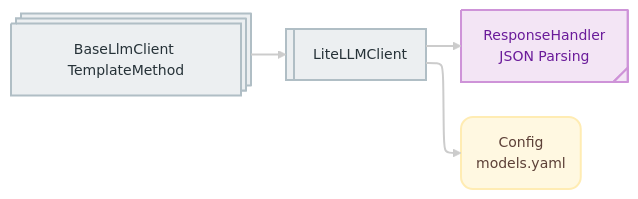
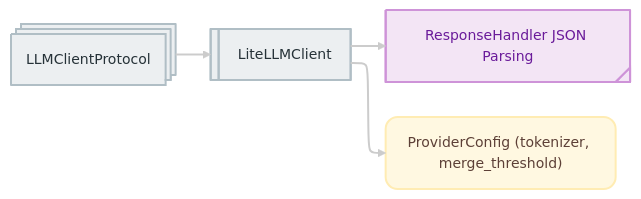
Before and after one commit to IBM/docling-graph: the diagram in docs/assets/flowcharts/llm_clients.md, drawn with Mermaid. The commit also changed 39 other files, not shown here.

Commit message:
refactor(llm_clients): use tokenizer-driven chunking and LiteLLM metadata to reduce magic numbers

````diff
--- a/docs/assets/flowcharts/llm_clients.md
+++ b/docs/assets/flowcharts/llm_clients.md
@@ -1,32 +1,32 @@
 ```mermaid
 %%{init: {'theme': 'redux-dark', 'look': 'default', 'layout': 'elk'}}%%
 flowchart LR
     %% 1. Define Classes
     classDef input fill:#E3F2FD,stroke:#90CAF9,color:#0D47A1
     classDef config fill:#FFF8E1,stroke:#FFECB3,color:#5D4037
     classDef output fill:#E8F5E9,stroke:#A5D6A7,color:#1B5E20
     classDef decision fill:#FFE0B2,stroke:#FFB74D,color:#E65100
     classDef data fill:#EDE7F6,stroke:#B39DDB,color:#4527A0
     classDef operator fill:#F3E5F5,stroke:#CE93D8,color:#6A1B9A
     classDef process fill:#ECEFF1,stroke:#B0BEC5,color:#263238
     
     %% Custom Subgraph Style (Transparent with dashed border)
     classDef subgraph_style fill:none,stroke:#969696,stroke-width:2px,stroke-dasharray: 5,color:#969696
 
     %% 2. Define Nodes
-    A@{ shape: procs, label: "BaseLlmClient TemplateMethod" }
+    A@{ shape: procs, label: "LLMClientProtocol" }
     B@{ shape: lin-proc, label: "LiteLLMClient" }
 
-    H@{ shape: tag-proc, label: "ResponseHandler<br>JSON Parsing" }
-    I("Config<br>models.yaml")
+    H@{ shape: tag-proc, label: "ResponseHandler JSON Parsing" }
+    I("ProviderConfig (tokenizer, merge_threshold)")
 
     %% 3. Define Connections
     A --> B
     B --> H
     B --> I
 
     %% 4. Apply Classes
     class A,B process
     class H operator
     class I config
 ```
````
